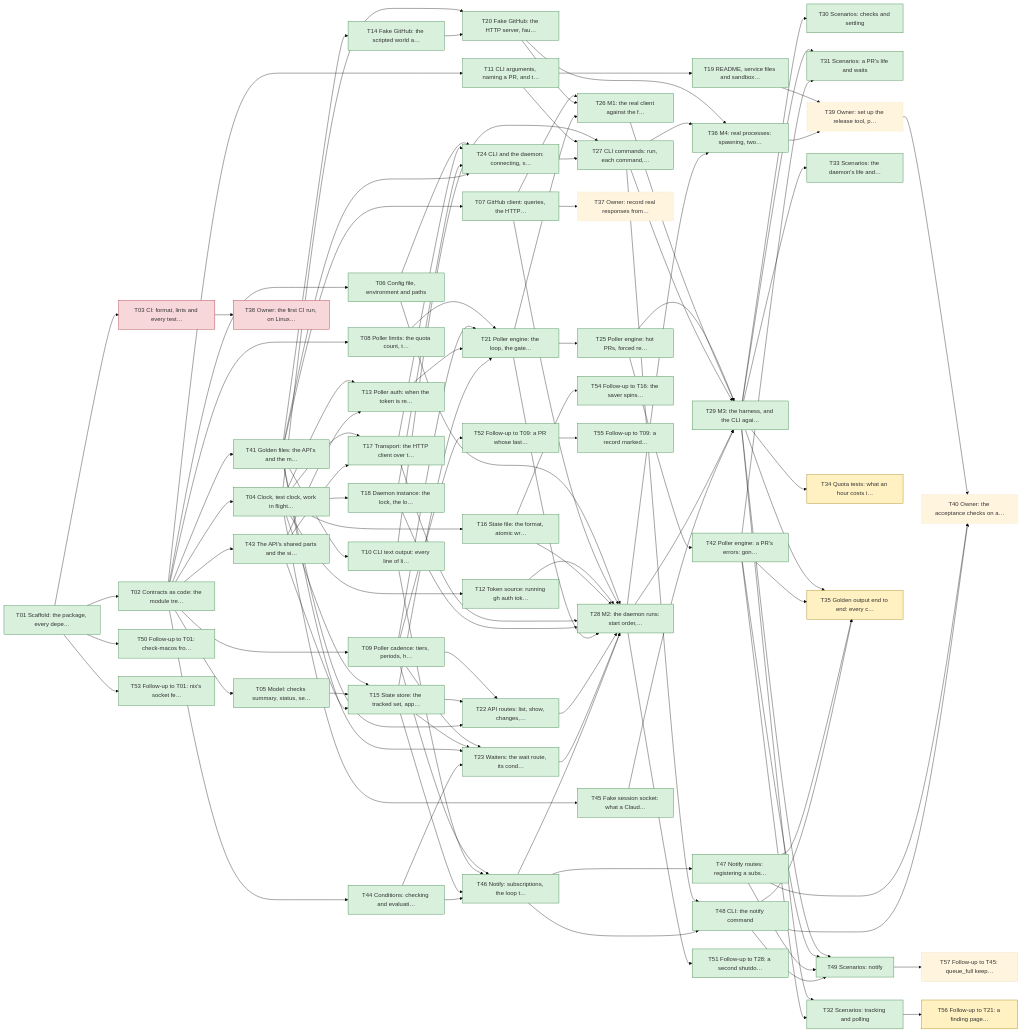
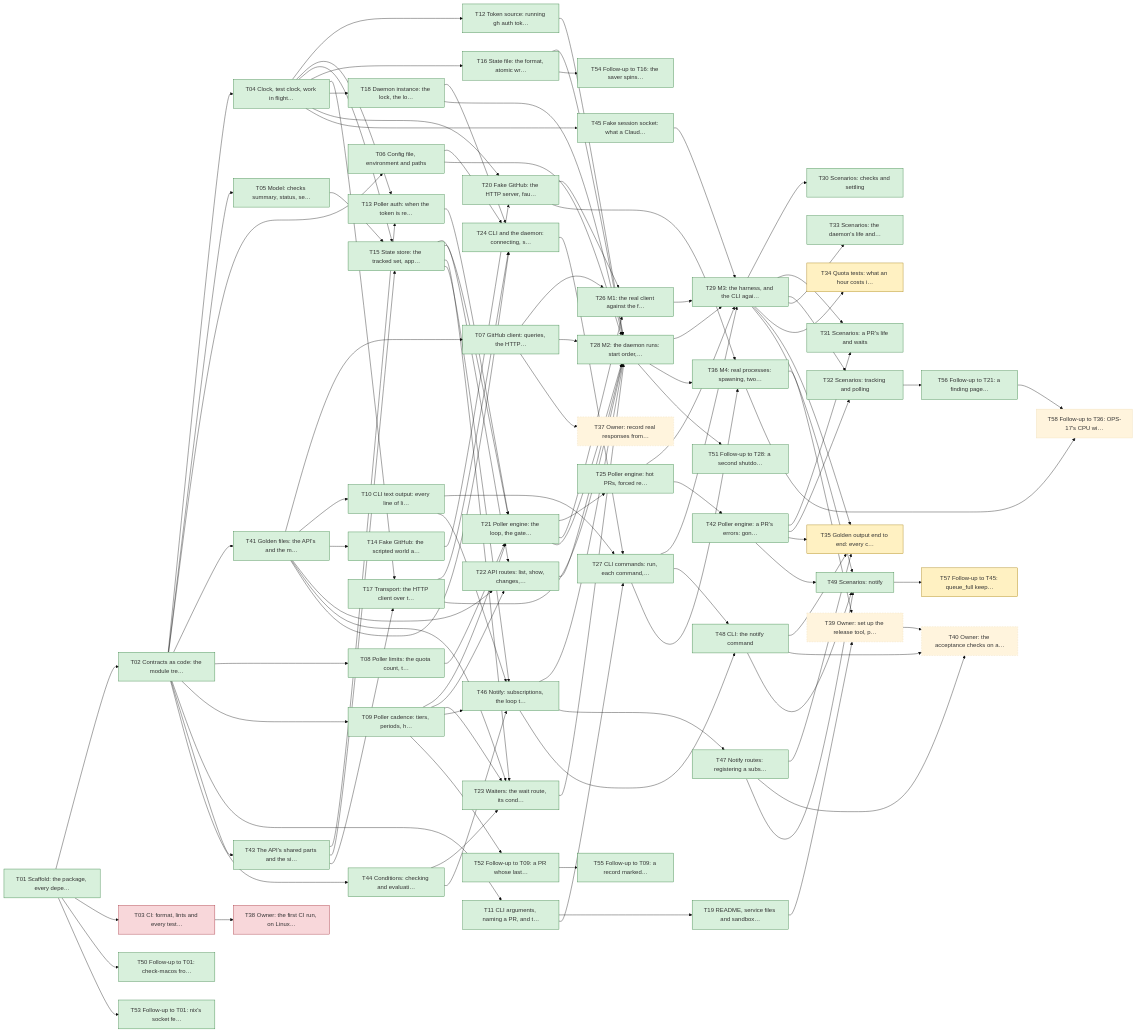
One commit to yachiko/circitor changed the diagram in plan/README.md. Above: the diagram before and after it, drawn with Mermaid (base theme). The commit also changed other lines of this file and 5 other files, not shown here.

Commit message:
Record T56 as done; follow-up T58 for OPS-17's CPU window

```diff
--- a/plan/README.md
+++ b/plan/README.md
@@ -199,8 +200,9 @@
   T53["T53 Follow-up to T01: nix's socket fe…"]:::done
   T54["T54 Follow-up to T16: the saver spins…"]:::done
   T55["T55 Follow-up to T09: a record marked…"]:::done
-  T56["T56 Follow-up to T21: a finding page…"]:::active
-  T57["T57 Follow-up to T45: queue_full keep…"]
+  T56["T56 Follow-up to T21: a finding page…"]:::done
+  T57["T57 Follow-up to T45: queue_full keep…"]:::active
+  T58["T58 Follow-up to T36: OPS-17's CPU wi…"]
   T01 --> T02
   T01 --> T03
   T02 --> T04
@@ -307,6 +309,8 @@
   T52 --> T55
   T32 --> T56
   T49 --> T57
+  T36 --> T58
+  T56 --> T58
   classDef done fill:#d8f0dc,stroke:#2f7d3b
   classDef active fill:#fff1c2,stroke:#a07800
   classDef blocked fill:#f8d7da,stroke:#a12a35
```
